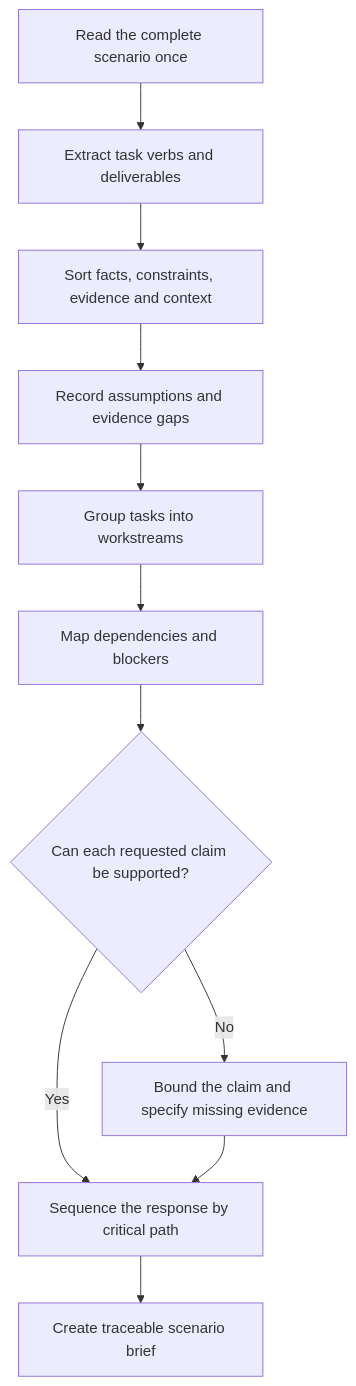
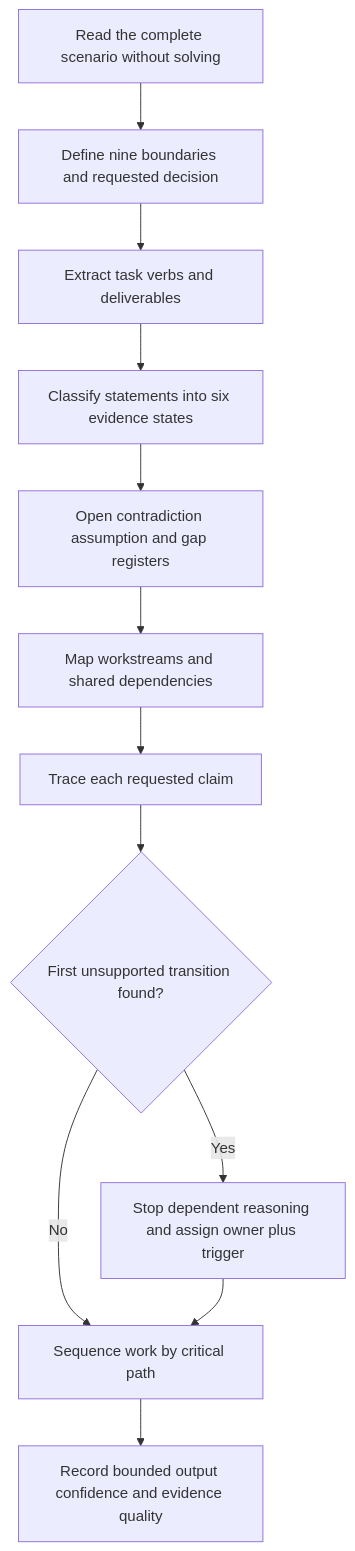
The first of 2 diagrams in docs/learning-plans/12-week/modules/day-71-reading-and-decomposing-an-integrated-assessment-scenario.md (andrew3stedall/capstone), drawn with Mermaid before and after one commit. The commit also changed other lines of this file and 3 other files, not shown here.

````diff
--- a/docs/learning-plans/12-week/modules/day-71-reading-and-decomposing-an-integrated-assessment-scenario.md
+++ b/docs/learning-plans/12-week/modules/day-71-reading-and-decomposing-an-integrated-assessment-scenario.md
@@ -74,13 +122,14 @@
 ```mermaid
 flowchart TD
-  A[Read the complete scenario once] --> B[Extract task verbs and deliverables]
-  B --> C[Sort facts, constraints, evidence and context]
-  C --> D[Record assumptions and evidence gaps]
-  D --> E[Group tasks into workstreams]
-  E --> F[Map dependencies and blockers]
-  F --> G{Can each requested claim be supported?}
-  G -->|No| H[Bound the claim and specify missing evidence]
-  G -->|Yes| I[Sequence the response by critical path]
-  H --> I
-  I --> J[Create traceable scenario brief]
+  A[Read the complete scenario without solving] --> B[Define nine boundaries and requested decision]
+  B --> C[Extract task verbs and deliverables]
+  C --> D[Classify statements into six evidence states]
+  D --> E[Open contradiction assumption and gap registers]
+  E --> F[Map workstreams and shared dependencies]
+  F --> G[Trace each requested claim]
+  G --> H{First unsupported transition found?}
+  H -->|Yes| I[Stop dependent reasoning and assign owner plus trigger]
+  H -->|No| J[Sequence work by critical path]
+  I --> J
+  J --> K[Record bounded output confidence and evidence quality]
 ```
````
